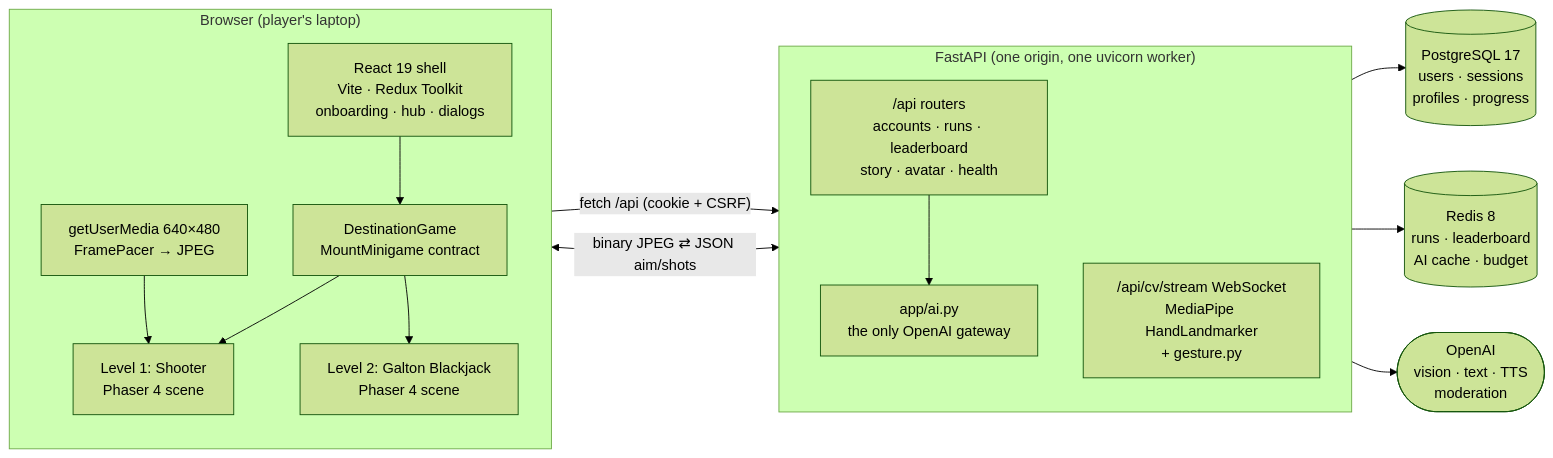
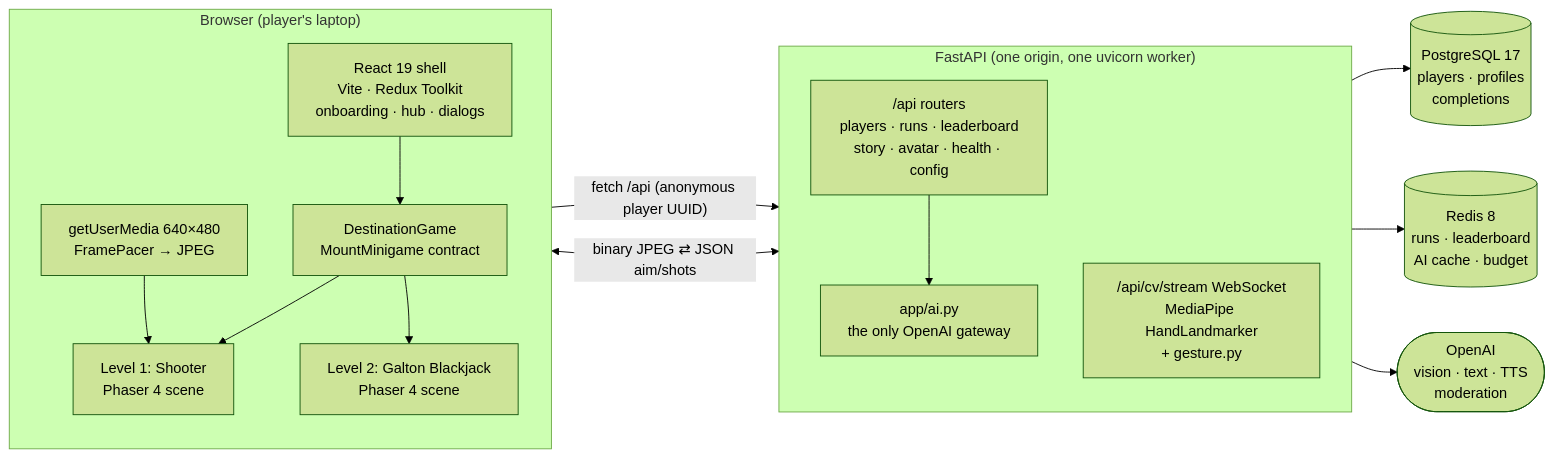
One commit to DEOIST/viscon26-main changed the first of 5 diagrams in README.md. Above: the diagram before and after it, drawn with Mermaid (forest theme). The commit also changed other lines of this file and 10 other files, not shown here.

First line of the commit message:
docs: update README for anonymous players and the graduation diploma

````diff
--- a/README.md
+++ b/README.md
@@ -89,33 +89,33 @@
 ```mermaid
 flowchart LR
     subgraph Browser["Browser (player's laptop)"]
         direction TB
         Shell["React 19 shell<br/>Vite · Redux Toolkit<br/>onboarding · hub · dialogs"]
         Host["DestinationGame<br/>MountMinigame contract"]
         L1["Level 1: Shooter<br/>Phaser 4 scene"]
         L2["Level 2: Galton Blackjack<br/>Phaser 4 scene"]
         Cam["getUserMedia 640×480<br/>FramePacer → JPEG"]
         Shell --> Host
         Host --> L1
         Host --> L2
         Cam --> L1
     end
 
     subgraph Server["FastAPI (one origin, one uvicorn worker)"]
         direction TB
-        API["/api routers<br/>accounts · runs · leaderboard<br/>story · avatar · health"]
+        API["/api routers<br/>players · runs · leaderboard<br/>story · avatar · health · config"]
         CV["/api/cv/stream WebSocket<br/>MediaPipe HandLandmarker<br/>+ gesture.py"]
         AI["app/ai.py<br/>the only OpenAI gateway"]
     end
 
-    PG[("PostgreSQL 17<br/>users · sessions<br/>profiles · progress")]
+    PG[("PostgreSQL 17<br/>players · profiles<br/>completions")]
     RD[("Redis 8<br/>runs · leaderboard<br/>AI cache · budget")]
     OAI(["OpenAI<br/>vision · text · TTS<br/>moderation"])
 
-    Shell -- "fetch /api (cookie + CSRF)" --> API
+    Shell -- "fetch /api (anonymous player UUID)" --> API
     L1 <-- "binary JPEG ⇄ JSON aim/shots" --> CV
     API --> PG
     API --> RD
     API --> AI
     AI --> OAI
 ```
````
